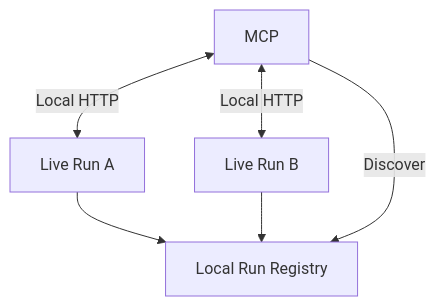
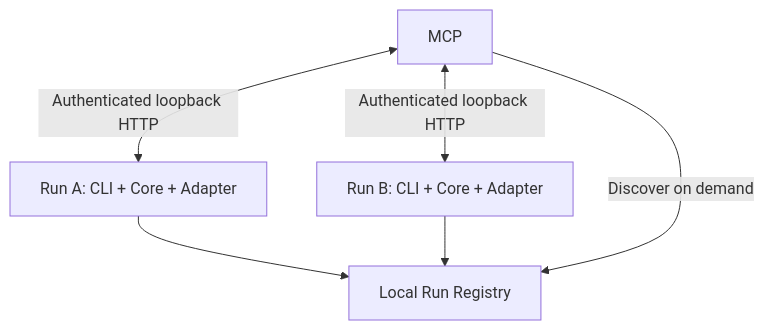
Before and after one commit to BuddyLabsCo/issue-runner-core: the second of 6 diagrams in docs/terminal-contract.md, drawn with Mermaid. The commit also changed other lines of this file, not shown here.

````diff
--- a/docs/terminal-contract.md
+++ b/docs/terminal-contract.md
@@ -228,8 +615,8 @@
 ```mermaid
 flowchart TD
-    A["Live Run A"] --> Registry["Local Run Registry"]
-    B["Live Run B"] --> Registry
-    MCP -->|Discover| Registry
-    MCP <-->|Local HTTP| A
-    MCP <-->|Local HTTP| B
+    A["Run A: CLI + Core + Adapter"] --> Registry["Local Run Registry"]
+    B["Run B: CLI + Core + Adapter"] --> Registry
+    MCP -->|Discover on demand| Registry
+    MCP <-->|Authenticated loopback HTTP| A
+    MCP <-->|Authenticated loopback HTTP| B
 ```
````
